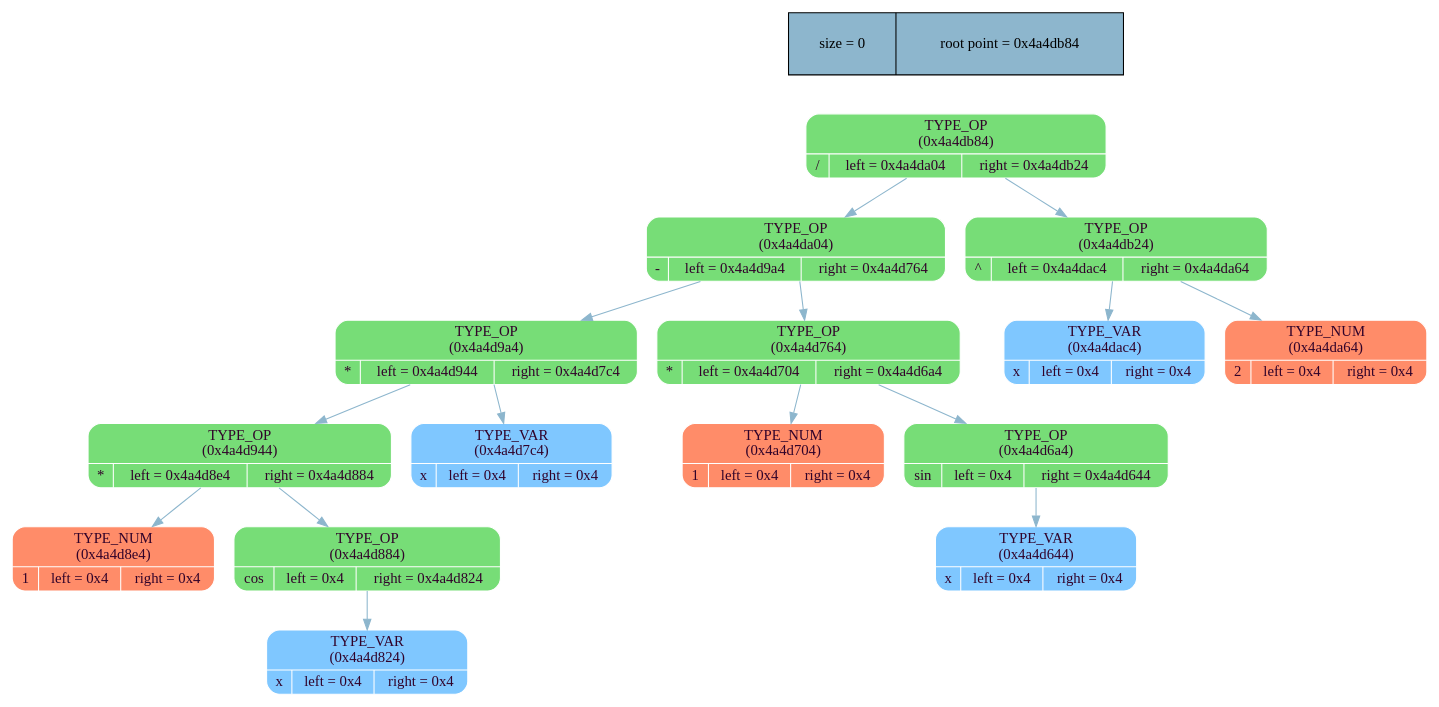
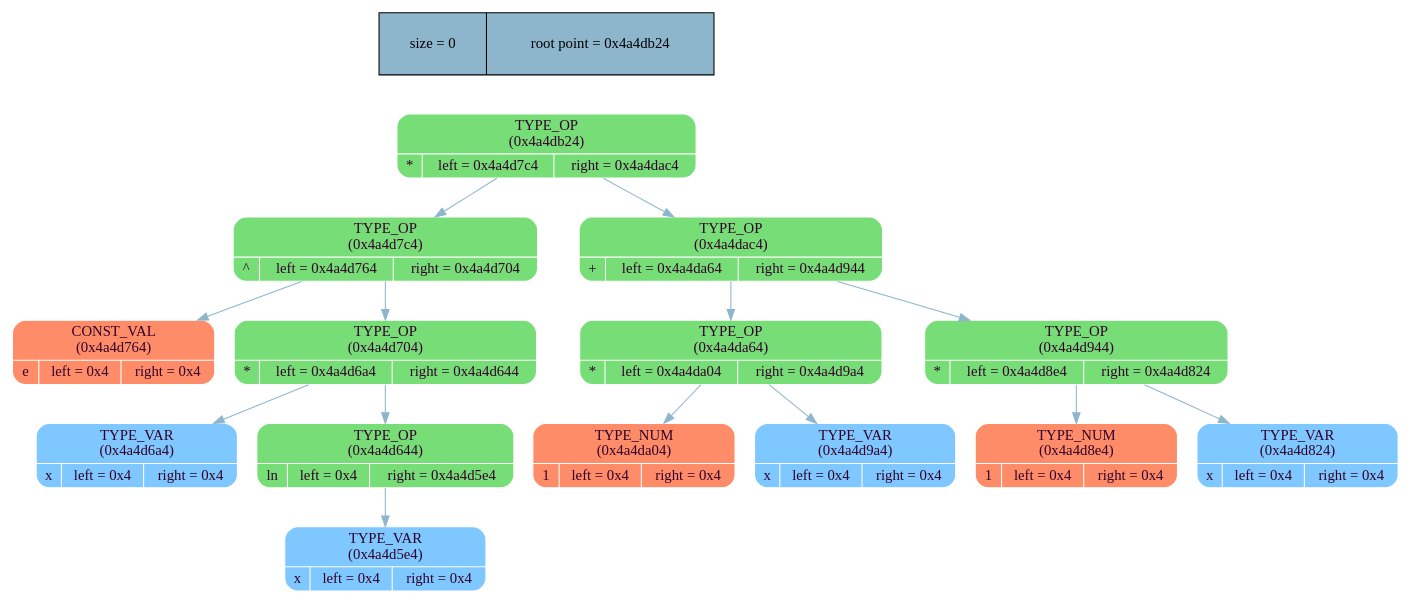
One commit to MaxGroshev/differentiator changed the diagram in dump_info/tree_dump.dot. Above: the diagram before and after it, drawn with Graphviz. The commit also changed 12 other files, not shown here.

```diff
--- a/dump_info/tree_dump.dot
+++ b/dump_info/tree_dump.dot
@@ -1,38 +1,36 @@
 digraph   
 {
 rankdir = ""
 splines = "true"
 
-node_stat [margin = "0.3*0.3", style = "filled", shape = "record", fillcolor = "#8DB6CD" label = " size = 0 | root point = 0x4a4db84"]
+node_stat [margin = "0.3*0.3", style = "filled", shape = "record", fillcolor = "#8DB6CD" label = " size = 0 | root point = 0x4a4db24"]
 {rank = source; node_stat}
 
-node0x4a4db84 [shape = "Mrecord", fillcolor = "#77DD77", style = "filled", fontcolor = "#31032A", fontname = "Calibri", color = "white", label = "{TYPE_OP\n (0x4a4db84)| {/ |left = 0x4a4da04 |right = 0x4a4db24}}"]
-node0x4a4db84 -> node0x4a4da04 [color = "#8DB6CD", style = "", constraint = true, fillcolor = "#8DB6CD",   fontcolor = "", fontname = "Calibri", label = ""];
-node0x4a4da04 [shape = "Mrecord", fillcolor = "#77DD77", style = "filled", fontcolor = "#31032A", fontname = "Calibri", color = "white", label = "{TYPE_OP\n (0x4a4da04)| {- |left = 0x4a4d9a4 |right = 0x4a4d764}}"]
-node0x4a4da04 -> node0x4a4d9a4 [color = "#8DB6CD", style = "", constraint = true, fillcolor = "#8DB6CD",   fontcolor = "", fontname = "Calibri", label = ""];
-node0x4a4d9a4 [shape = "Mrecord", fillcolor = "#77DD77", style = "filled", fontcolor = "#31032A", fontname = "Calibri", color = "white", label = "{TYPE_OP\n (0x4a4d9a4)| {* |left = 0x4a4d944 |right = 0x4a4d7c4}}"]
-node0x4a4d9a4 -> node0x4a4d944 [color = "#8DB6CD", style = "", constraint = true, fillcolor = "#8DB6CD",   fontcolor = "", fontname = "Calibri", label = ""];
-node0x4a4d944 [shape = "Mrecord", fillcolor = "#77DD77", style = "filled", fontcolor = "#31032A", fontname = "Calibri", color = "white", label = "{TYPE_OP\n (0x4a4d944)| {* |left = 0x4a4d8e4 |right = 0x4a4d884}}"]
+node0x4a4db24 [shape = "Mrecord", fillcolor = "#77DD77", style = "filled", fontcolor = "#31032A", fontname = "Calibri", color = "white", label = "{TYPE_OP\n (0x4a4db24)| {* |left = 0x4a4d7c4 |right = 0x4a4dac4}}"]
+node0x4a4db24 -> node0x4a4d7c4 [color = "#8DB6CD", style = "", constraint = true, fillcolor = "#8DB6CD",   fontcolor = "", fontname = "Calibri", label = ""];
+node0x4a4d7c4 [shape = "Mrecord", fillcolor = "#77DD77", style = "filled", fontcolor = "#31032A", fontname = "Calibri", color = "white", label = "{TYPE_OP\n (0x4a4d7c4)| {^ |left = 0x4a4d764 |right = 0x4a4d704}}"]
+node0x4a4d7c4 -> node0x4a4d764 [color = "#8DB6CD", style = "", constraint = true, fillcolor = "#8DB6CD",   fontcolor = "", fontname = "Calibri", label = ""];
+node0x4a4d764 [shape = "Mrecord", fillcolor = "#FF8C69", style = "filled", fontcolor = "#31032A", fontname = "Calibri", color = "white", label = "{CONST_VAL\n (0x4a4d764)| {e |left = 0x4 |right = 0x4}}"]
+node0x4a4d7c4 -> node0x4a4d704 [color = "#8DB6CD", style = "", constraint = true, fillcolor = "#8DB6CD",   fontcolor = "", fontname = "Calibri", label = ""];
+node0x4a4d704 [shape = "Mrecord", fillcolor = "#77DD77", style = "filled", fontcolor = "#31032A", fontname = "Calibri", color = "white", label = "{TYPE_OP\n (0x4a4d704)| {* |left = 0x4a4d6a4 |right = 0x4a4d644}}"]
+node0x4a4d704 -> node0x4a4d6a4 [color = "#8DB6CD", style = "", constraint = true, fillcolor = "#8DB6CD",   fontcolor = "", fontname = "Calibri", label = ""];
+node0x4a4d6a4 [shape = "Mrecord", fillcolor = "#7FC7FF", style = "filled", fontcolor = "#31032A", fontname = "Calibri", color = "white", label = "{TYPE_VAR\n (0x4a4d6a4)| {x |left = 0x4 |right = 0x4}}"]
+node0x4a4d704 -> node0x4a4d644 [color = "#8DB6CD", style = "", constraint = true, fillcolor = "#8DB6CD",   fontcolor = "", fontname = "Calibri", label = ""];
+node0x4a4d644 [shape = "Mrecord", fillcolor = "#77DD77", style = "filled", fontcolor = "#31032A", fontname = "Calibri", color = "white", label = "{TYPE_OP\n (0x4a4d644)| {ln |left = 0x4 |right = 0x4a4d5e4}}"]
+node0x4a4d644 -> node0x4a4d5e4 [color = "#8DB6CD", style = "", constraint = true, fillcolor = "#8DB6CD",   fontcolor = "", fontname = "Calibri", label = ""];
+node0x4a4d5e4 [shape = "Mrecord", fillcolor = "#7FC7FF", style = "filled", fontcolor = "#31032A", fontname = "Calibri", color = "white", label = "{TYPE_VAR\n (0x4a4d5e4)| {x |left = 0x4 |right = 0x4}}"]
+node0x4a4db24 -> node0x4a4dac4 [color = "#8DB6CD", style = "", constraint = true, fillcolor = "#8DB6CD",   fontcolor = "", fontname = "Calibri", label = ""];
+node0x4a4dac4 [shape = "Mrecord", fillcolor = "#77DD77", style = "filled", fontcolor = "#31032A", fontname = "Calibri", color = "white", label = "{TYPE_OP\n (0x4a4dac4)| {+ |left = 0x4a4da64 |right = 0x4a4d944}}"]
+node0x4a4dac4 -> node0x4a4da64 [color = "#8DB6CD", style = "", constraint = true, fillcolor = "#8DB6CD",   fontcolor = "", fontname = "Calibri", label = ""];
+node0x4a4da64 [shape = "Mrecord", fillcolor = "#77DD77", style = "filled", fontcolor = "#31032A", fontname = "Calibri", color = "white", label = "{TYPE_OP\n (0x4a4da64)| {* |left = 0x4a4da04 |right = 0x4a4d9a4}}"]
+node0x4a4da64 -> node0x4a4da04 [color = "#8DB6CD", style = "", constraint = true, fillcolor = "#8DB6CD",   fontcolor = "", fontname = "Calibri", label = ""];
+node0x4a4da04 [shape = "Mrecord", fillcolor = "#FF8C69", style = "filled", fontcolor = "#31032A", fontname = "Calibri", color = "white", label = "{TYPE_NUM\n (0x4a4da04)| {1 |left = 0x4 |right = 0x4}}"]
+node0x4a4da64 -> node0x4a4d9a4 [color = "#8DB6CD", style = "", constraint = true, fillcolor = "#8DB6CD",   fontcolor = "", fontname = "Calibri", label = ""];
+node0x4a4d9a4 [shape = "Mrecord", fillcolor = "#7FC7FF", style = "filled", fontcolor = "#31032A", fontname = "Calibri", color = "white", label = "{TYPE_VAR\n (0x4a4d9a4)| {x |left = 0x4 |right = 0x4}}"]
+node0x4a4dac4 -> node0x4a4d944 [color = "#8DB6CD", style = "", constraint = true, fillcolor = "#8DB6CD",   fontcolor = "", fontname = "Calibri", label = ""];
+node0x4a4d944 [shape = "Mrecord", fillcolor = "#77DD77", style = "filled", fontcolor = "#31032A", fontname = "Calibri", color = "white", label = "{TYPE_OP\n (0x4a4d944)| {* |left = 0x4a4d8e4 |right = 0x4a4d824}}"]
 node0x4a4d944 -> node0x4a4d8e4 [color = "#8DB6CD", style = "", constraint = true, fillcolor = "#8DB6CD",   fontcolor = "", fontname = "Calibri", label = ""];
 node0x4a4d8e4 [shape = "Mrecord", fillcolor = "#FF8C69", style = "filled", fontcolor = "#31032A", fontname = "Calibri", color = "white", label = "{TYPE_NUM\n (0x4a4d8e4)| {1 |left = 0x4 |right = 0x4}}"]
-node0x4a4d944 -> node0x4a4d884 [color = "#8DB6CD", style = "", constraint = true, fillcolor = "#8DB6CD",   fontcolor = "", fontname = "Calibri", label = ""];
-node0x4a4d884 [shape = "Mrecord", fillcolor = "#77DD77", style = "filled", fontcolor = "#31032A", fontname = "Calibri", color = "white", label = "{TYPE_OP\n (0x4a4d884)| {cos |left = 0x4 |right = 0x4a4d824}}"]
-node0x4a4d884 -> node0x4a4d824 [color = "#8DB6CD", style = "", constraint = true, fillcolor = "#8DB6CD",   fontcolor = "", fontname = "Calibri", label = ""];
+node0x4a4d944 -> node0x4a4d824 [color = "#8DB6CD", style = "", constraint = true, fillcolor = "#8DB6CD",   fontcolor = "", fontname = "Calibri", label = ""];
 node0x4a4d824 [shape = "Mrecord", fillcolor = "#7FC7FF", style = "filled", fontcolor = "#31032A", fontname = "Calibri", color = "white", label = "{TYPE_VAR\n (0x4a4d824)| {x |left = 0x4 |right = 0x4}}"]
-node0x4a4d9a4 -> node0x4a4d7c4 [color = "#8DB6CD", style = "", constraint = true, fillcolor = "#8DB6CD",   fontcolor = "", fontname = "Calibri", label = ""];
-node0x4a4d7c4 [shape = "Mrecord", fillcolor = "#7FC7FF", style = "filled", fontcolor = "#31032A", fontname = "Calibri", color = "white", label = "{TYPE_VAR\n (0x4a4d7c4)| {x |left = 0x4 |right = 0x4}}"]
-node0x4a4da04 -> node0x4a4d764 [color = "#8DB6CD", style = "", constraint = true, fillcolor = "#8DB6CD",   fontcolor = "", fontname = "Calibri", label = ""];
-node0x4a4d764 [shape = "Mrecord", fillcolor = "#77DD77", style = "filled", fontcolor = "#31032A", fontname = "Calibri", color = "white", label = "{TYPE_OP\n (0x4a4d764)| {* |left = 0x4a4d704 |right = 0x4a4d6a4}}"]
-node0x4a4d764 -> node0x4a4d704 [color = "#8DB6CD", style = "", constraint = true, fillcolor = "#8DB6CD",   fontcolor = "", fontname = "Calibri", label = ""];
-node0x4a4d704 [shape = "Mrecord", fillcolor = "#FF8C69", style = "filled", fontcolor = "#31032A", fontname = "Calibri", color = "white", label = "{TYPE_NUM\n (0x4a4d704)| {1 |left = 0x4 |right = 0x4}}"]
-node0x4a4d764 -> node0x4a4d6a4 [color = "#8DB6CD", style = "", constraint = true, fillcolor = "#8DB6CD",   fontcolor = "", fontname = "Calibri", label = ""];
-node0x4a4d6a4 [shape = "Mrecord", fillcolor = "#77DD77", style = "filled", fontcolor = "#31032A", fontname = "Calibri", color = "white", label = "{TYPE_OP\n (0x4a4d6a4)| {sin |left = 0x4 |right = 0x4a4d644}}"]
-node0x4a4d6a4 -> node0x4a4d644 [color = "#8DB6CD", style = "", constraint = true, fillcolor = "#8DB6CD",   fontcolor = "", fontname = "Calibri", label = ""];
-node0x4a4d644 [shape = "Mrecord", fillcolor = "#7FC7FF", style = "filled", fontcolor = "#31032A", fontname = "Calibri", color = "white", label = "{TYPE_VAR\n (0x4a4d644)| {x |left = 0x4 |right = 0x4}}"]
-node0x4a4db84 -> node0x4a4db24 [color = "#8DB6CD", style = "", constraint = true, fillcolor = "#8DB6CD",   fontcolor = "", fontname = "Calibri", label = ""];
-node0x4a4db24 [shape = "Mrecord", fillcolor = "#77DD77", style = "filled", fontcolor = "#31032A", fontname = "Calibri", color = "white", label = "{TYPE_OP\n (0x4a4db24)| {^ |left = 0x4a4dac4 |right = 0x4a4da64}}"]
-node0x4a4db24 -> node0x4a4dac4 [color = "#8DB6CD", style = "", constraint = true, fillcolor = "#8DB6CD",   fontcolor = "", fontname = "Calibri", label = ""];
-node0x4a4dac4 [shape = "Mrecord", fillcolor = "#7FC7FF", style = "filled", fontcolor = "#31032A", fontname = "Calibri", color = "white", label = "{TYPE_VAR\n (0x4a4dac4)| {x |left = 0x4 |right = 0x4}}"]
-node0x4a4db24 -> node0x4a4da64 [color = "#8DB6CD", style = "", constraint = true, fillcolor = "#8DB6CD",   fontcolor = "", fontname = "Calibri", label = ""];
-node0x4a4da64 [shape = "Mrecord", fillcolor = "#FF8C69", style = "filled", fontcolor = "#31032A", fontname = "Calibri", color = "white", label = "{TYPE_NUM\n (0x4a4da64)| {2 |left = 0x4 |right = 0x4}}"]
 }
```
